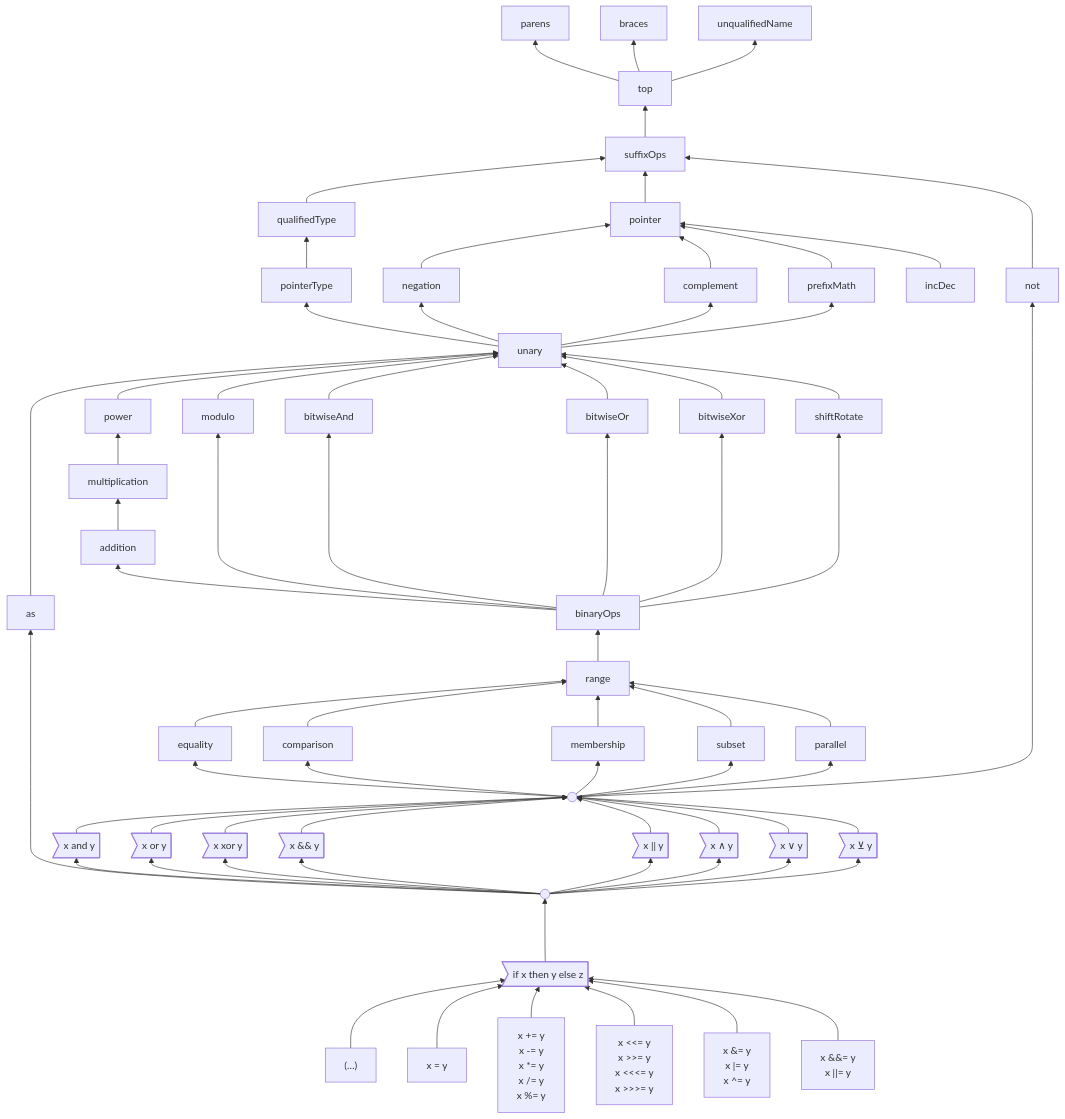
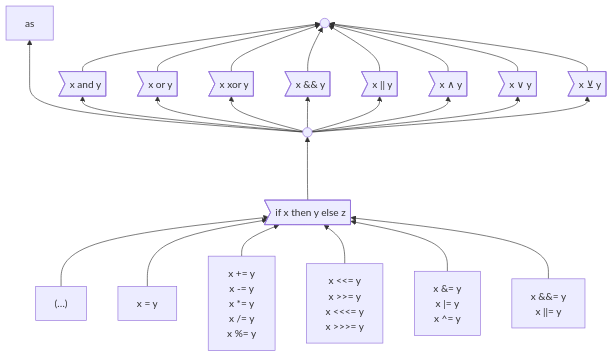
The second of 3 diagrams in 6 .../2 Unfinished Ideas.md (laro/Cilia), drawn with Mermaid before and after one commit.

Commit message:
Update 2 Unfinished Ideas.md

````diff
--- a/6 .../2 Unfinished Ideas.md
+++ b/6 .../2 Unfinished Ideas.md
@@ -343,78 +343,50 @@
 ```mermaid
 %%{init: {'themeVariables': {'fontFamily': 'monospace'}}}%%
 graph BT
     logicalOperand((" "))
 
     and>"x and y"]
     or>"x or y"]
     xor>"x xor y"]
 
     andAmp>"x && y"]
     orAmp>"x || y"]
 
     andSym>"x ∧ y"]
     orSym>"x ∨ y"]
     xorSym>"x ⊻ y"]
 
 
     logicalExpression((" "))
 
     if>"if x then y else z"]
 
     insideParens["(…)"]
 
     assignPlain["x = y"]
 
     assignArithmetic["x += y
                       x -= y
                       x *= y
                       x /= y
                       x %= y"]
 
     assignShift["x <<= y
                  x >>= y
                  x <<<= y
                  x >>>= y"]
 
     assignBitwise["x &= y
                    x |= y
                    x ^= y"]
 
     assignLogical["x &&= y
                    x ||= y"]
 
 
-    top --> parens & braces & unqualifiedName
-
-    suffixOps --> top
-
-    qualifiedType --> suffixOps
-    pointerType --> qualifiedType
-
-    pointer --> suffixOps
-    negation & complement & prefixMath & incDec --> pointer
-    unary --> pointerType & negation & complement & prefixMath
-
-    %% Use a longer arrow here to put `not` next to other unary operators
-    not ---> suffixOps
-
-    %% `as` at the same level as comparisons
-    as -----> unary
-
-    power & modulo & bitwiseAnd & bitwiseOr & bitwiseXor & shiftRotate --> unary
-    multiplication --> power
-    addition --> multiplication
-    binaryOps --> addition & modulo & bitwiseAnd & bitwiseOr & bitwiseXor & shiftRotate
-
-    %% Ranges bind looser than arithmetic/bitwise, tighter than the relational operators
-    range --> binaryOps
-
-    equality & comparison & membership & subset & parallel --> range
-    logicalOperand --> equality & comparison & membership & subset & parallel & not
-
     and & or & xor & andAmp & orAmp & andSym & orSym & xorSym --> logicalOperand
     logicalExpression ---> as
     logicalExpression --> and & or & xor & andAmp & orAmp & andSym & orSym & xorSym
     if ---> logicalExpression
     insideParens & assignPlain & assignArithmetic & assignShift & assignBitwise & assignLogical --> if
 ```
````
